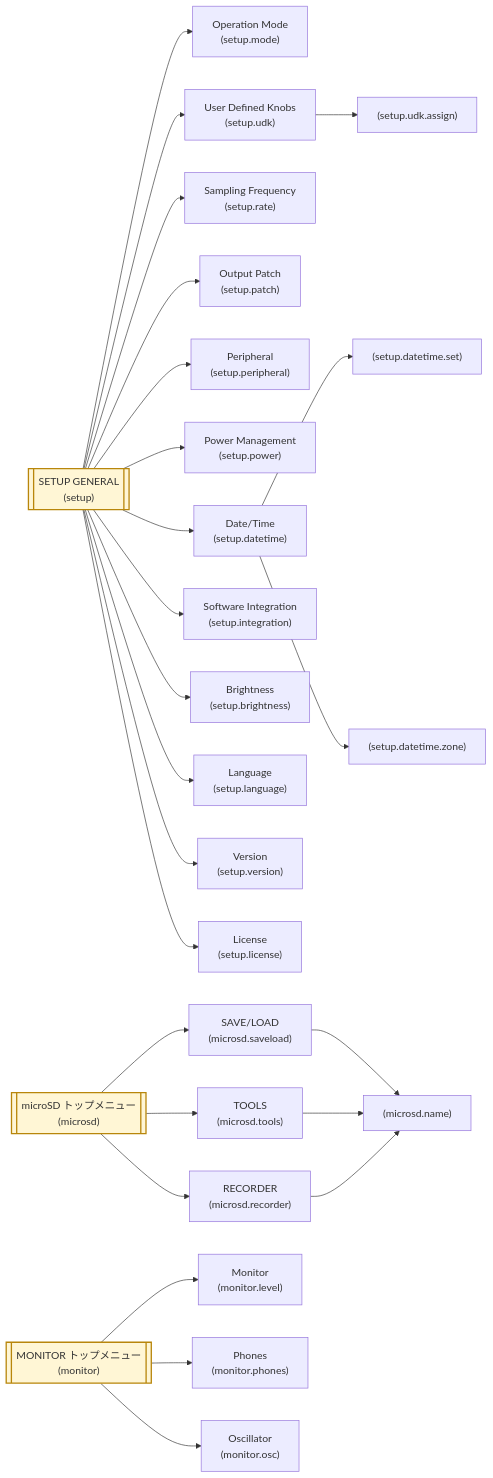
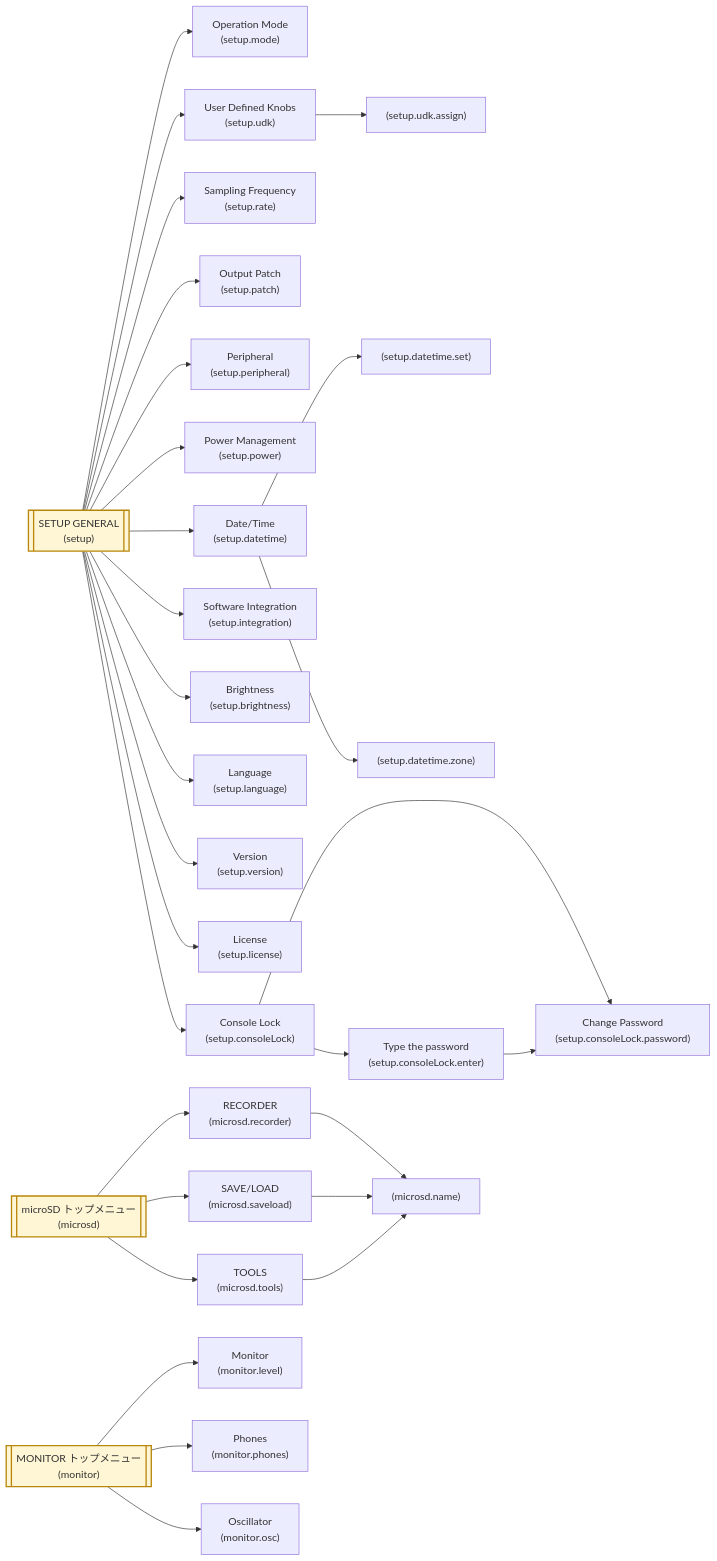
The third of 3 diagrams in docs/ja/screen-map.md (semnil/urx-lcd-sim), drawn with Mermaid before and after one commit. The commit also changed 3 other files, not shown here.

Commit message:
docs: CONSOLE LOCK in the screen inventory and the screen map

````diff
--- a/docs/ja/screen-map.md
+++ b/docs/ja/screen-map.md
@@ -62,33 +62,37 @@
 ```mermaid
 flowchart LR
   SETUP[["SETUP GENERAL<br>(setup)"]]:::ref
   SETUP --> SMODE["Operation Mode<br>(setup.mode)"]
   SETUP --> SUDK["User Defined Knobs<br>(setup.udk)"]
   SUDK --> SUDKA["(setup.udk.assign)"]
   SETUP --> SRATE["Sampling Frequency<br>(setup.rate)"]
   SETUP --> SPATCH["Output Patch<br>(setup.patch)"]
   SETUP --> SPER["Peripheral<br>(setup.peripheral)"]
   SETUP --> SPOW["Power Management<br>(setup.power)"]
   SETUP --> SDT["Date/Time<br>(setup.datetime)"]
   SDT --> SDTS["(setup.datetime.set)"]
   SDT --> SDTZ["(setup.datetime.zone)"]
   SETUP --> SINT["Software Integration<br>(setup.integration)"]
   SETUP --> SBRI["Brightness<br>(setup.brightness)"]
   SETUP --> SLANG["Language<br>(setup.language)"]
   SETUP --> SVER["Version<br>(setup.version)"]
   SETUP --> SLIC["License<br>(setup.license)"]
+  SETUP --> SLOCK["Console Lock<br>(setup.consoleLock)"]
+  SLOCK --> SLOCKP["Change Password<br>(setup.consoleLock.password)"]
+  SLOCK --> SLOCKE["Type the password<br>(setup.consoleLock.enter)"]
+  SLOCKE --> SLOCKP
 
   SD[["microSD トップメニュー<br>(microsd)"]]:::ref
   SD --> SDREC["RECORDER<br>(microsd.recorder)"]
   SD --> SDSL["SAVE/LOAD<br>(microsd.saveload)"]
   SD --> SDTOOL["TOOLS<br>(microsd.tools)"]
   SDSL --> SDNAME["(microsd.name)"]
   SDTOOL --> SDNAME
   SDREC --> SDNAME
 
   MON[["MONITOR トップメニュー<br>(monitor)"]]:::ref
   MON --> MLEV["Monitor<br>(monitor.level)"]
   MON --> MPH["Phones<br>(monitor.phones)"]
   MON --> MOSC["Oscillator<br>(monitor.osc)"]
   classDef ref fill:#fff6d5,stroke:#b8860b,stroke-width:2px;
 ```
````
